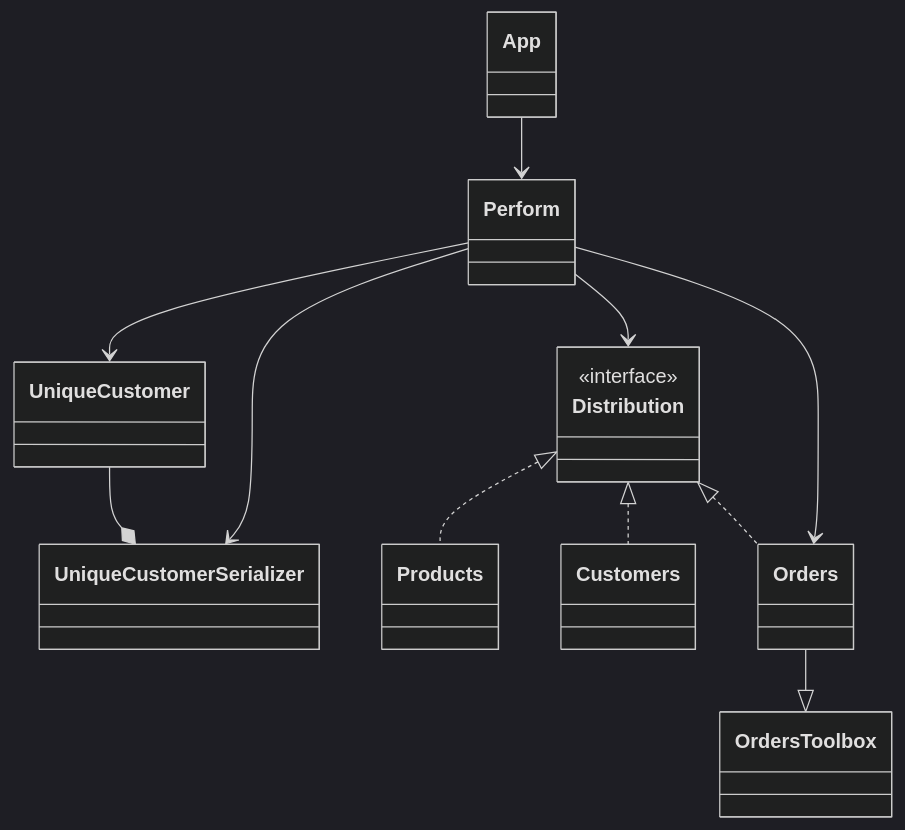
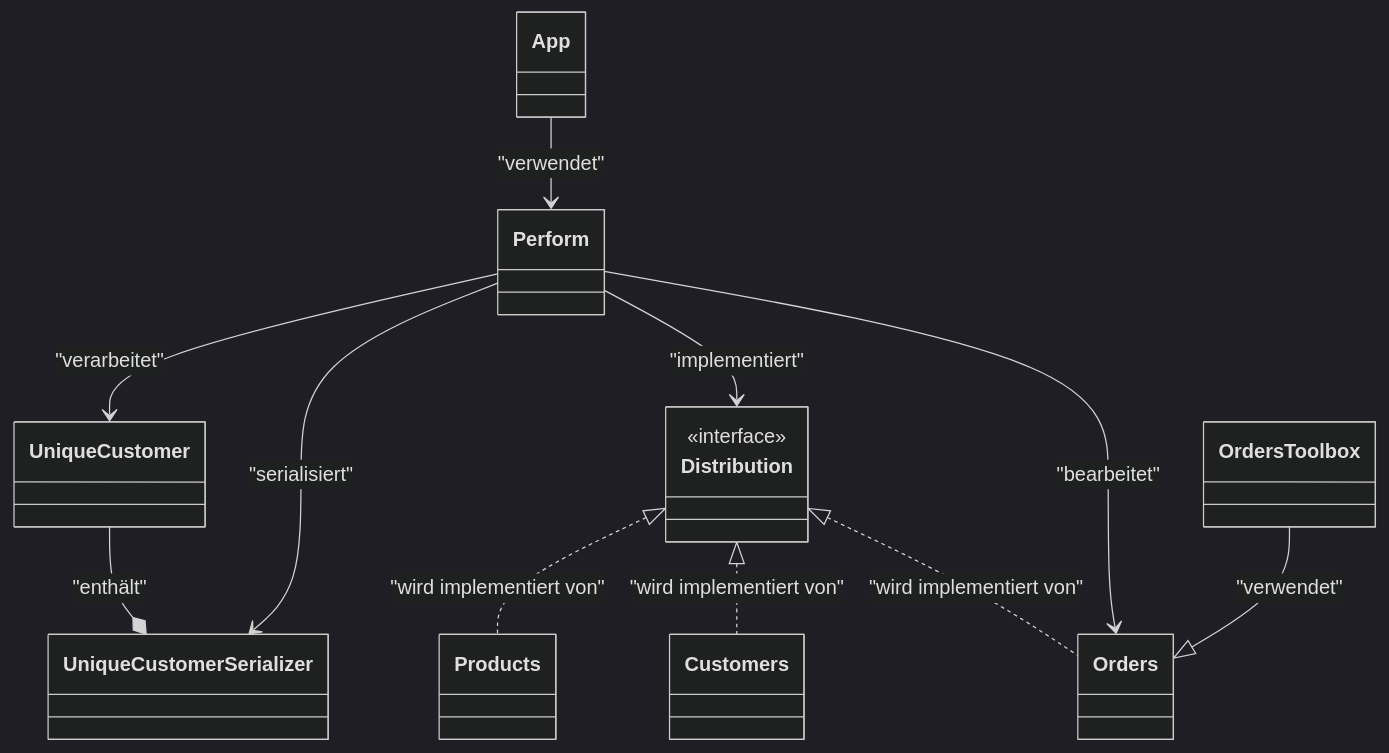
The second of 6 diagrams in README.md (MartinBeuth/Data-Scraping), drawn with Mermaid (dark theme) before and after one commit. The commit also changed other lines of this file, not shown here.

````diff
--- a/README.md
+++ b/README.md
@@ -72,14 +84,31 @@
 ```mermaid
 classDiagram
-class Distribution { <<interface>> }
-Orders --|> OrdersToolbox
-Perform --> UniqueCustomer
-Perform --> UniqueCustomerSerializer
-UniqueCustomer --*UniqueCustomerSerializer
-Perform --> Distribution
-Perform --> Orders
-Distribution <|.. Products
-Distribution <|.. Customers
-Distribution <|.. Orders
-App --> Perform
+    %% Interfaces
+    class Distribution { <<interface>> }
+
+    %% Klassen
+    class OrdersToolbox { }
+    class Perform { }
+    class UniqueCustomer { }
+    class UniqueCustomerSerializer { }
+    class Products { }
+    class Customers { }
+    class Orders { }
+    class App { }
+
+    %% Beziehungen
+    OrdersToolbox --|> Orders : "verwendet"
+    Perform --> UniqueCustomer : "verarbeitet"
+    Perform --> UniqueCustomerSerializer : "serialisiert"
+    
+    UniqueCustomer --* UniqueCustomerSerializer : "enthält"
+    
+    Perform --> Distribution : "implementiert"
+    Perform --> Orders : "bearbeitet"
+
+    Distribution <|.. Products : "wird implementiert von"
+    Distribution <|.. Customers : "wird implementiert von"
+    Distribution <|.. Orders : "wird implementiert von"
+
+    App --> Perform : "verwendet"
 ```
````
